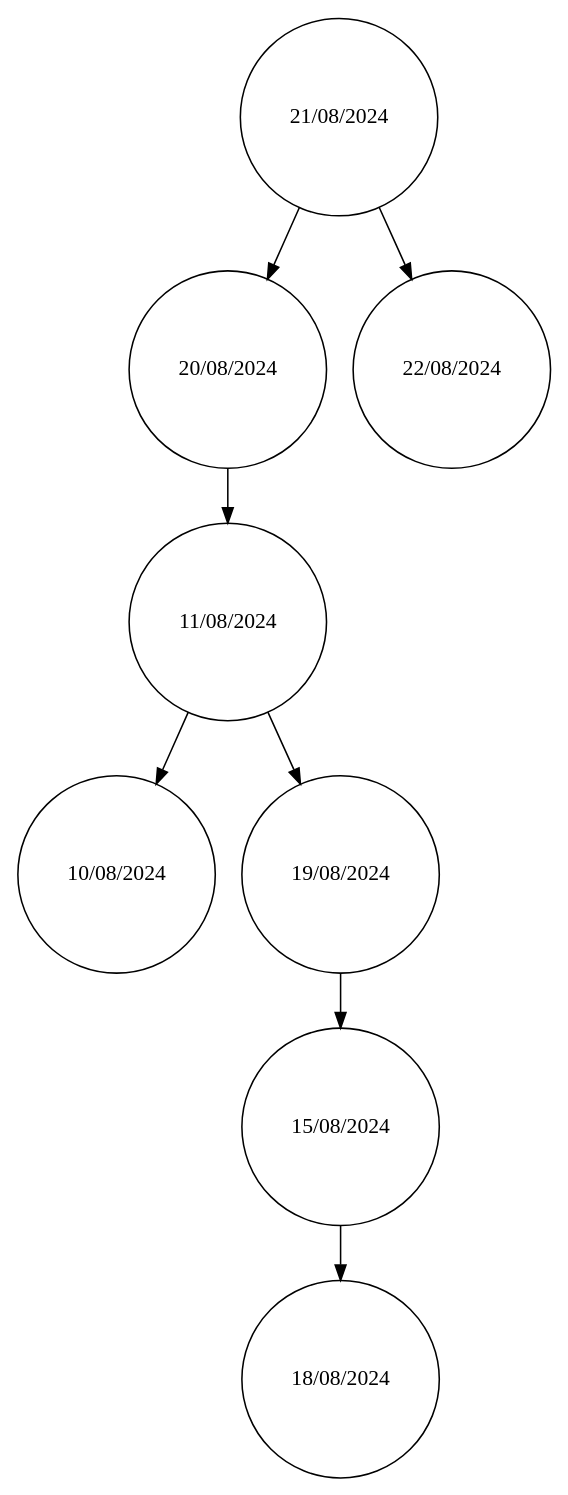
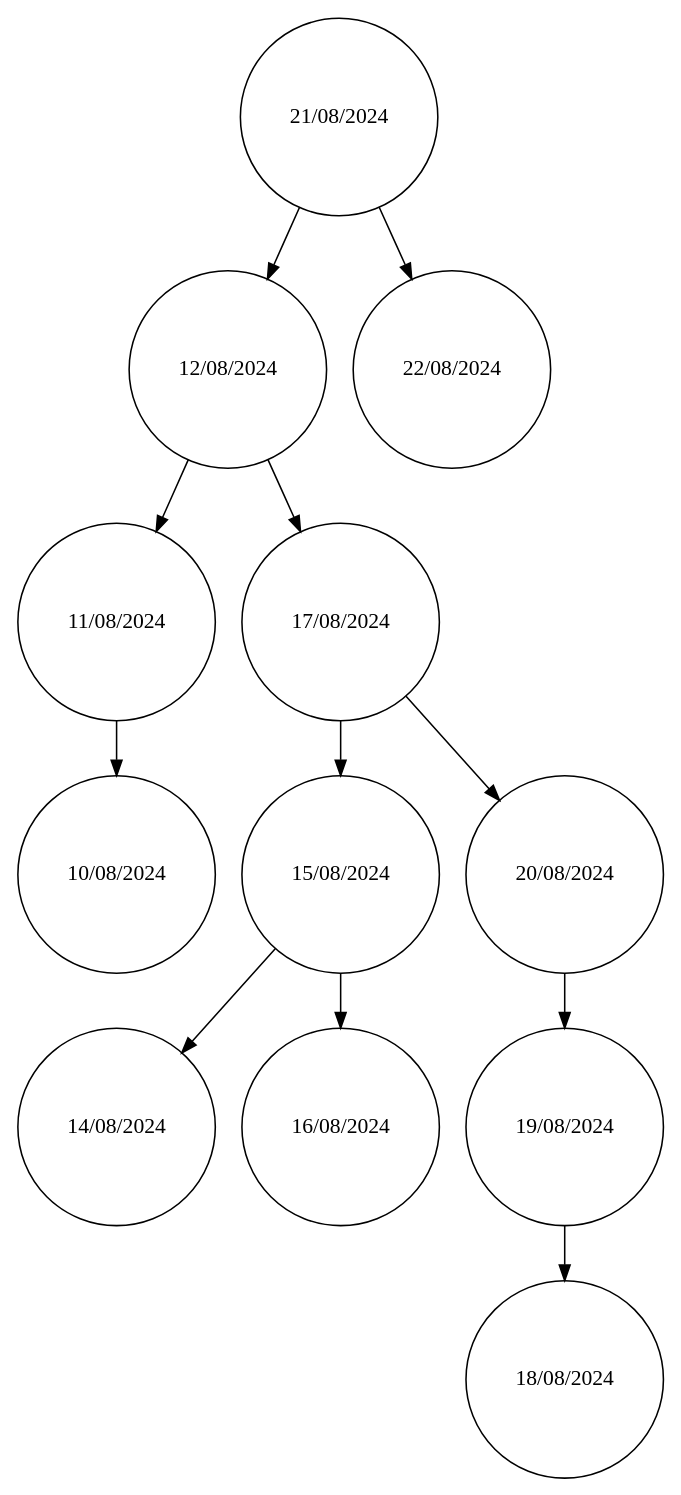
The diagram in Fase 2/proyecto2/build/Desktop_Qt_6_7_2_MinGW_64_bit-Debug/reportes/arbolBinario.dot (elsaminee/-EDD-Proyecto_202200198), drawn with Graphviz before and after one commit. The commit also changed 7 other files, not shown here.

```diff
--- a/Fase 2/proyecto2/build/Desktop_Qt_6_7_2_MinGW_64_bit-Debug/reportes/arbolBinario.dot
+++ b/Fase 2/proyecto2/build/Desktop_Qt_6_7_2_MinGW_64_bit-Debug/reportes/arbolBinario.dot
@@ -1,18 +1,26 @@
 digraph G {
     node [shape=circle];
     "21/08/2024" [label="21/08/2024"];
-    "21/08/2024" -> "20/08/2024";
-    "20/08/2024" [label="20/08/2024"];
-    "20/08/2024" -> "11/08/2024";
+    "21/08/2024" -> "12/08/2024";
+    "12/08/2024" [label="12/08/2024"];
+    "12/08/2024" -> "11/08/2024";
     "11/08/2024" [label="11/08/2024"];
     "11/08/2024" -> "10/08/2024";
     "10/08/2024" [label="10/08/2024"];
-    "11/08/2024" -> "19/08/2024";
+    "12/08/2024" -> "17/08/2024";
+    "17/08/2024" [label="17/08/2024"];
+    "17/08/2024" -> "15/08/2024";
+    "15/08/2024" [label="15/08/2024"];
+    "15/08/2024" -> "14/08/2024";
+    "14/08/2024" [label="14/08/2024"];
+    "15/08/2024" -> "16/08/2024";
+    "16/08/2024" [label="16/08/2024"];
+    "17/08/2024" -> "20/08/2024";
+    "20/08/2024" [label="20/08/2024"];
+    "20/08/2024" -> "19/08/2024";
     "19/08/2024" [label="19/08/2024"];
-    "19/08/2024" -> "15/08/2024";
-    "15/08/2024" [label="15/08/2024"];
-    "15/08/2024" -> "18/08/2024";
+    "19/08/2024" -> "18/08/2024";
     "18/08/2024" [label="18/08/2024"];
     "21/08/2024" -> "22/08/2024";
     "22/08/2024" [label="22/08/2024"];
 }
```
